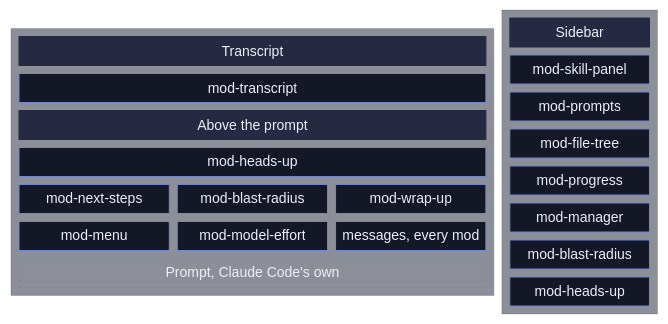
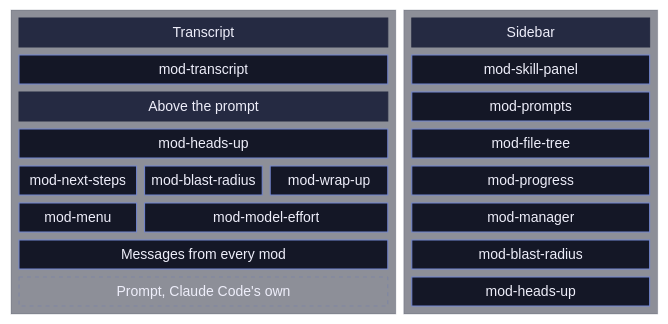
Before and after one commit to Elliot016/otr-mod: the first of 2 diagrams in README.md, drawn with Mermaid. The commit also changed other lines of this file and 14 other files, not shown here.

````diff
--- a/README.md
+++ b/README.md
@@ -40,62 +88,64 @@
 ```mermaid
 ---
 config:
   theme: base
   themeVariables:
     darkMode: true
     background: "#0D0E17"
     mainBkg: "#141726"
     primaryColor: "#141726"
     primaryTextColor: "#EEEEFA"
     primaryBorderColor: "#7386d0"
     secondaryColor: "#252A42"
     secondaryTextColor: "#EEEEFA"
     secondaryBorderColor: "#8A9BE0"
     tertiaryColor: "#7386D0"
     tertiaryTextColor: "#EEEEFA"
     tertiaryBorderColor: "#A2B0EA"
     lineColor: "#7386d0"
     textColor: "#EEEEFA"
     titleColor: "#EEEEFA"
     nodeBorder: "#7386d0"
     nodeTextColor: "#EEEEFA"
     clusterBkg: "#1C2033"
     clusterBorder: "#252A42"
     edgeLabelBackground: "#141726"
     arrowheadColor: "#7386d0"
     border1: "#7386d0"
     border2: "#7E86A4"
     activationBorderColor: "#ffcb6b"
     errorBkgColor: "#7386D0"
     errorTextColor: "#EEEEFA"
     fontFamily: "Mulish, system-ui, sans-serif"
     fontSize: "14px"
 ---
 block-beta
-  columns 4
+  %% block-beta takes no markdown-string labels, so no label wraps: each one gets a cell wide enough for it.
+  columns 5
   block:main:3
     columns 3
     transcript["Transcript"]:3
     transcriptmod["mod-transcript"]:3
     band["Above the prompt"]:3
     headsup["mod-heads-up"]:3
     nextsteps["mod-next-steps"] blast["mod-blast-radius"] wrapup["mod-wrap-up"]
-    menu["mod-menu"] effort["mod-model-effort"] toasts["messages, every mod"]
+    menu["mod-menu"] effort["mod-model-effort"]:2
+    toasts["Messages from every mod"]:3
     prompt["Prompt, Claude Code's own"]:3
   end
-  block:side:1
+  block:side:2
     columns 1
     sidebar["Sidebar"]
     skills["mod-skill-panel"]
     prompts["mod-prompts"]
     files["mod-file-tree"]
     progress["mod-progress"]
     manager["mod-manager"]
     details["mod-blast-radius"]
     headsuppanel["mod-heads-up"]
   end
   classDef region fill:#252A42,stroke:#252A42,color:#EEEEFA
   classDef ghost fill:transparent,stroke:#7E86A4,stroke-dasharray:4 4,color:#7E86A4
   class transcript,band,sidebar region
   class prompt ghost
 ```
````
